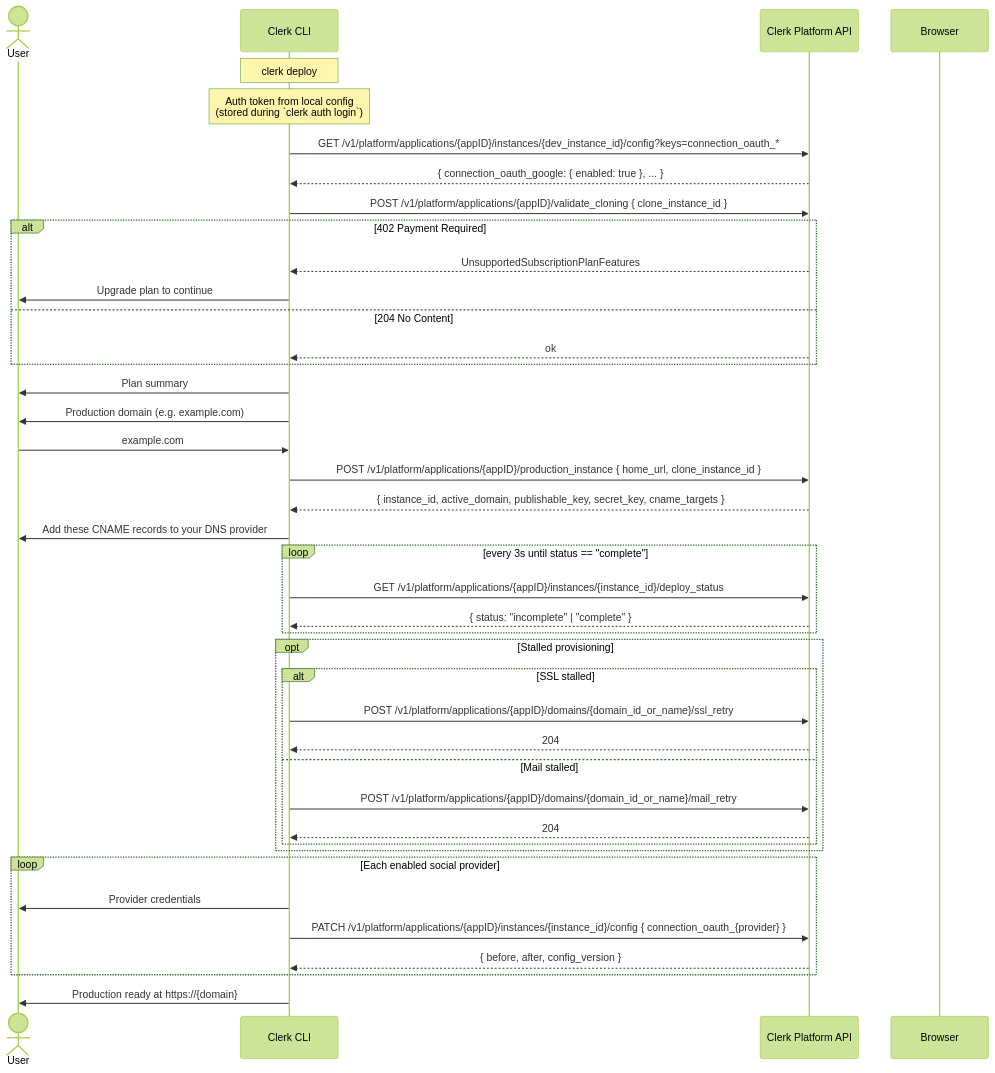
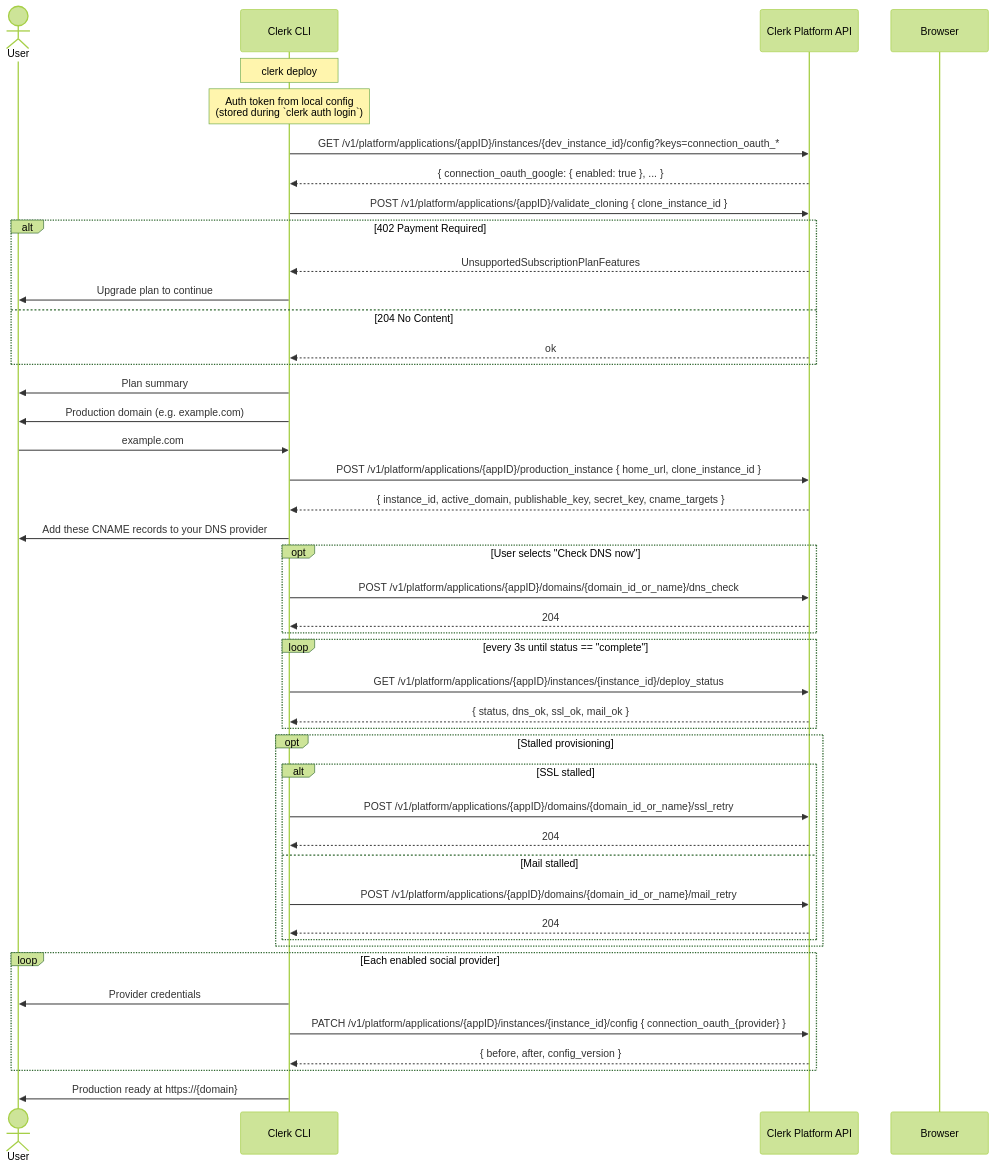
The diagram in packages/cli-core/src/commands/deploy/README.md (clerk/cli), drawn with Mermaid (forest theme) before and after one commit. The commit also changed other lines of this file and 5 other files, not shown here.

First line of the commit message:
feat(deploy): refresh DNS verification for current API surface

````diff
--- a/packages/cli-core/src/commands/deploy/README.md
+++ b/packages/cli-core/src/commands/deploy/README.md
@@ -53,61 +54,67 @@
 ```mermaid
 sequenceDiagram
     actor User
     participant CLI as Clerk CLI
     participant API as Clerk Platform API
     participant Browser
 
     Note over CLI: clerk deploy
 
     %% Auth & app context
     Note over CLI: Auth token from local config<br/>(stored during `clerk auth login`)
 
     %% Discover enabled OAuth providers in dev
     CLI->>API: GET /v1/platform/applications/{appID}/instances/{dev_instance_id}/config?keys=connection_oauth_*
     API-->>CLI: { connection_oauth_google: { enabled: true }, ... }
 
     %% Pre-flight subscription check
     CLI->>API: POST /v1/platform/applications/{appID}/validate_cloning { clone_instance_id }
     alt 402 Payment Required
         API-->>CLI: UnsupportedSubscriptionPlanFeatures
         CLI->>User: Upgrade plan to continue
     else 204 No Content
         API-->>CLI: ok
     end
 
     %% Plan summary + domain
     CLI->>User: Plan summary
     CLI->>User: Production domain (e.g. example.com)
     User->>CLI: example.com
 
     %% Create production instance + domain in one round-trip
     CLI->>API: POST /v1/platform/applications/{appID}/production_instance { home_url, clone_instance_id }
     API-->>CLI: { instance_id, active_domain, publishable_key, secret_key, cname_targets }
 
     CLI->>User: Add these CNAME records to your DNS provider
 
+    %% Trigger an active DNS check when the user opts to verify now
+    opt User selects "Check DNS now"
+        CLI->>API: POST /v1/platform/applications/{appID}/domains/{domain_id_or_name}/dns_check
+        API-->>CLI: 204
+    end
+
     %% Poll deploy status
     loop every 3s until status == "complete"
         CLI->>API: GET /v1/platform/applications/{appID}/instances/{instance_id}/deploy_status
-        API-->>CLI: { status: "incomplete" | "complete" }
+        API-->>CLI: { status, dns_ok, ssl_ok, mail_ok }
     end
 
     opt Stalled provisioning
         alt SSL stalled
             CLI->>API: POST /v1/platform/applications/{appID}/domains/{domain_id_or_name}/ssl_retry
             API-->>CLI: 204
         else Mail stalled
             CLI->>API: POST /v1/platform/applications/{appID}/domains/{domain_id_or_name}/mail_retry
             API-->>CLI: 204
         end
     end
 
     %% OAuth credential loop
     loop Each enabled social provider
         CLI->>User: Provider credentials
         CLI->>API: PATCH /v1/platform/applications/{appID}/instances/{instance_id}/config { connection_oauth_{provider} }
         API-->>CLI: { before, after, config_version }
     end
 
     CLI->>User: Production ready at https://{domain}
 ```
````
